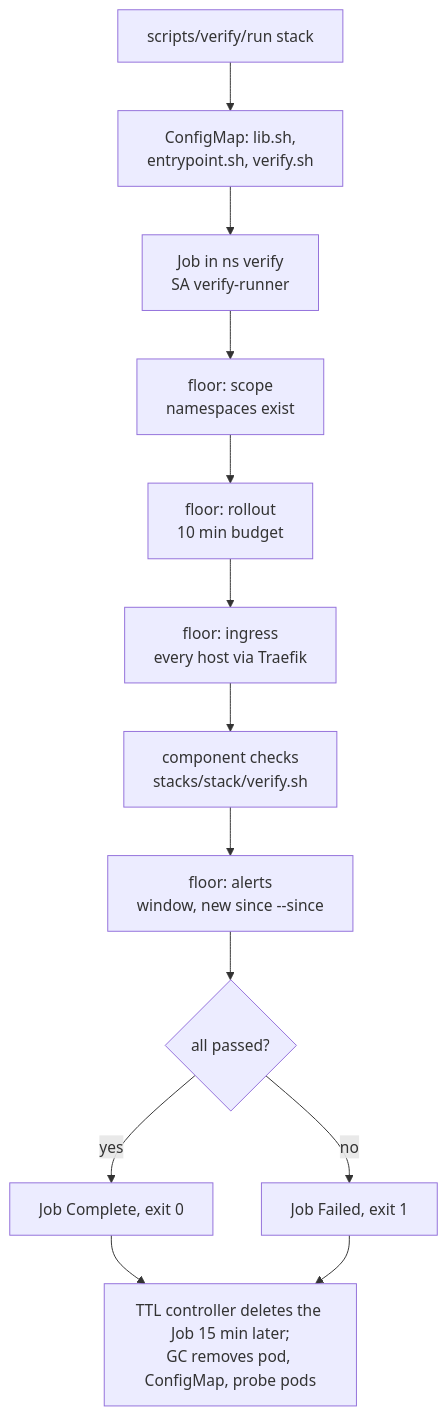
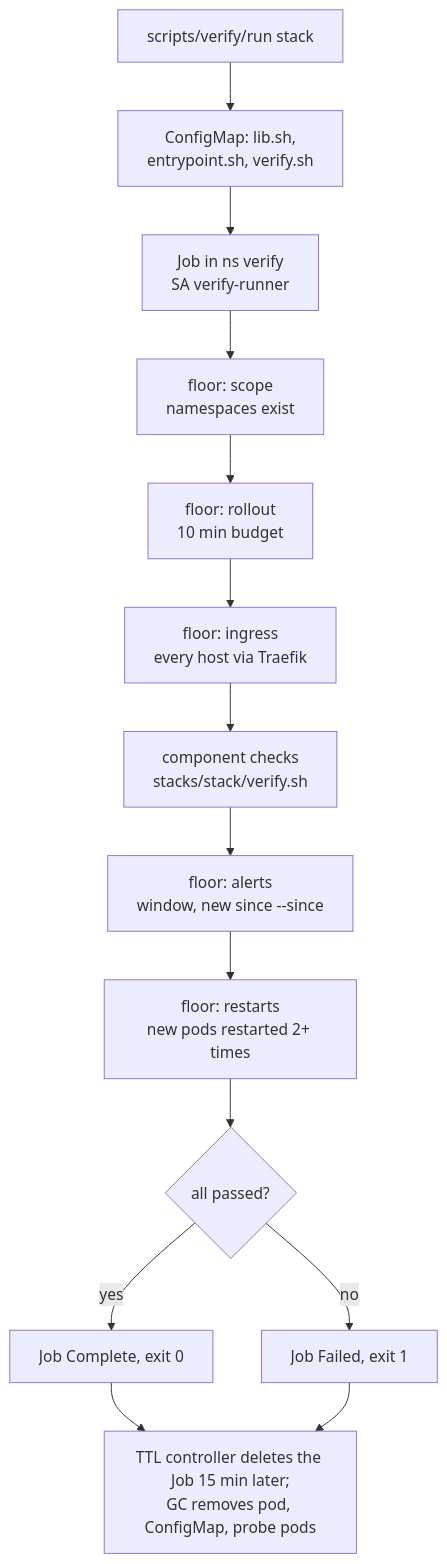
One commit to ViktorBarzin/infra changed the diagram in docs/runbooks/verify-jobs.md. Above: the diagram before and after it, drawn with Mermaid. The commit also changed other lines of this file and 3 other files, not shown here.

````diff
--- a/docs/runbooks/verify-jobs.md
+++ b/docs/runbooks/verify-jobs.md
@@ -35,15 +35,16 @@
 ```mermaid
 flowchart TD
   R[scripts/verify/run stack] --> CM[ConfigMap: lib.sh,<br/>entrypoint.sh, verify.sh]
   CM --> J[Job in ns verify<br/>SA verify-runner]
   J --> F0[floor: scope<br/>namespaces exist]
   F0 --> F1[floor: rollout<br/>10 min budget]
   F1 --> F2[floor: ingress<br/>every host via Traefik]
   F2 --> C[component checks<br/>stacks/stack/verify.sh]
   C --> F3[floor: alerts<br/>window, new since --since]
-  F3 --> V{all passed?}
+  F3 --> F4[floor: restarts<br/>new pods restarted 2+ times]
+  F4 --> V{all passed?}
   V -->|yes| P[Job Complete, exit 0]
   V -->|no| X[Job Failed, exit 1]
   P --> D[TTL controller deletes the Job 15 min later;<br/>GC removes pod, ConfigMap, probe pods]
   X --> D
 ```
````
